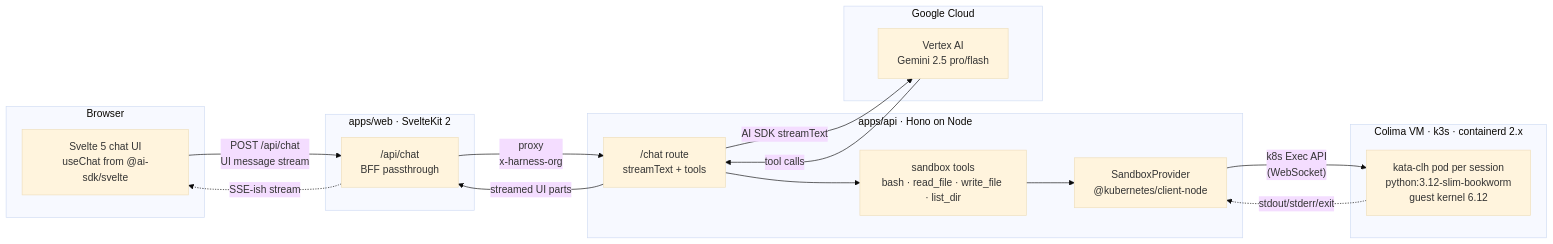
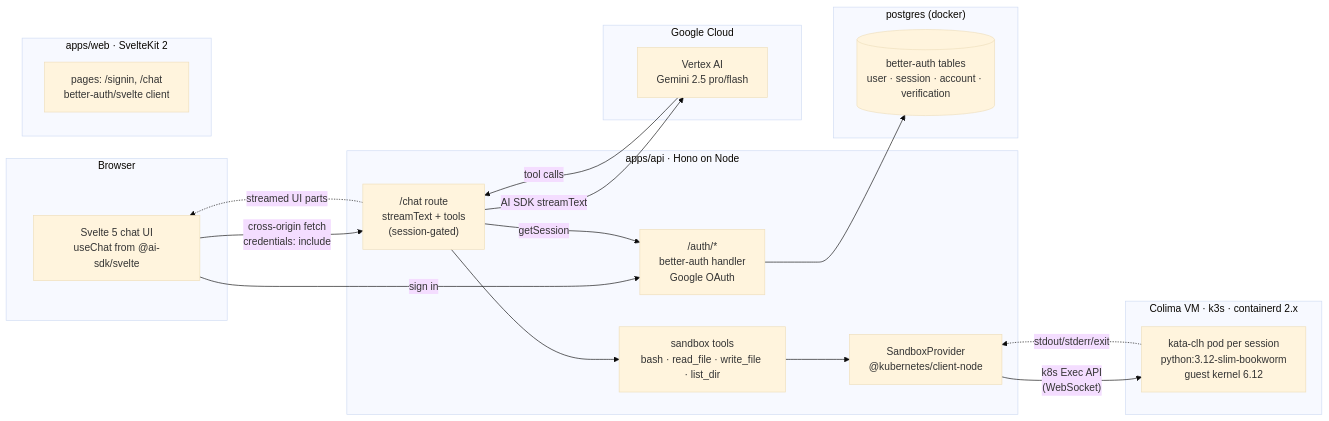
The first of 5 diagrams in README.md (mikiastilahun/harness), drawn with Mermaid (base theme) before and after one commit. The commit also changed other lines of this file and 57 other files, not shown here.

````diff
--- a/README.md
+++ b/README.md
@@ -34,35 +52,41 @@
 ```mermaid
 flowchart LR
   subgraph Browser
     UI[Svelte 5 chat UI<br/>useChat from @ai-sdk/svelte]
   end
 
   subgraph SvelteKit["apps/web · SvelteKit 2"]
-    BFF["/api/chat<br/>BFF passthrough"]
+    Pages["pages: /signin, /chat<br/>better-auth/svelte client"]
   end
 
   subgraph Hono["apps/api · Hono on Node"]
-    Chat["/chat route<br/>streamText + tools"]
+    Auth["/auth/*<br/>better-auth handler<br/>Google OAuth"]
+    Chat["/chat route<br/>streamText + tools<br/>(session-gated)"]
     Tools["sandbox tools<br/>bash · read_file · write_file · list_dir"]
     Provider["SandboxProvider<br/>@kubernetes/client-node"]
+  end
+
+  subgraph Postgres["postgres (docker)"]
+    DB[(better-auth tables<br/>user · session · account · verification)]
   end
 
   subgraph GCP[Google Cloud]
     Vertex[Vertex AI<br/>Gemini 2.5 pro/flash]
   end
 
   subgraph Kata["Colima VM · k3s · containerd 2.x"]
     Pod["kata-clh pod per session<br/>python:3.12-slim-bookworm<br/>guest kernel 6.12"]
   end
 
-  UI -->|"POST /api/chat<br/>UI message stream"| BFF
-  BFF -->|"proxy<br/>x-harness-org"| Chat
+  UI -->|"cross-origin fetch<br/>credentials: include"| Chat
+  UI -->|"sign in"| Auth
+  Auth --> DB
+  Chat -->|"getSession"| Auth
   Chat -->|"AI SDK streamText"| Vertex
   Vertex -->|"tool calls"| Chat
   Chat --> Tools
   Tools --> Provider
   Provider -->|"k8s Exec API<br/>(WebSocket)"| Pod
   Pod -.->|"stdout/stderr/exit"| Provider
-  Chat -->|"streamed UI parts"| BFF
-  BFF -.->|"SSE-ish stream"| UI
+  Chat -.->|"streamed UI parts"| UI
 ```
````
